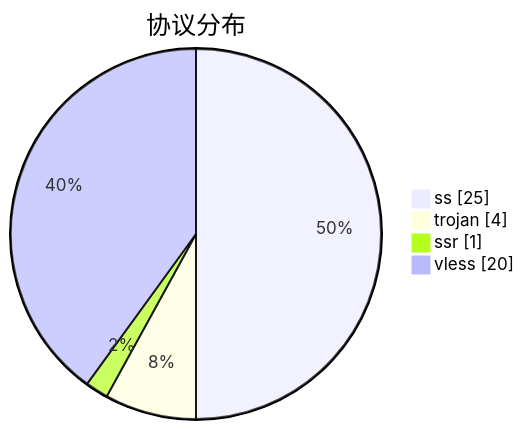
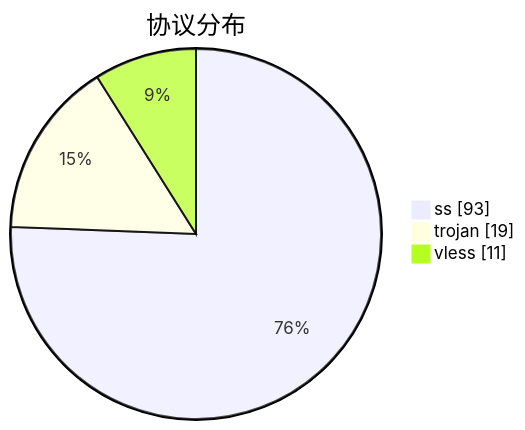
One commit to qjlxg/airport changed the third of 3 diagrams in subs/statistics/tested_within.md. Above: the diagram before and after it, drawn with Mermaid. The commit also changed other lines of this file and 2 other files, not shown here.

````diff
--- a/subs/statistics/tested_within.md
+++ b/subs/statistics/tested_within.md
@@ -15,8 +16,7 @@
 ```mermaid
 pie showData
 title 协议分布
-"ss" : 25
-"trojan" : 4
-"ssr" : 1
-"vless" : 20
+"ss" : 93
+"trojan" : 19
+"vless" : 11
 ```
````
